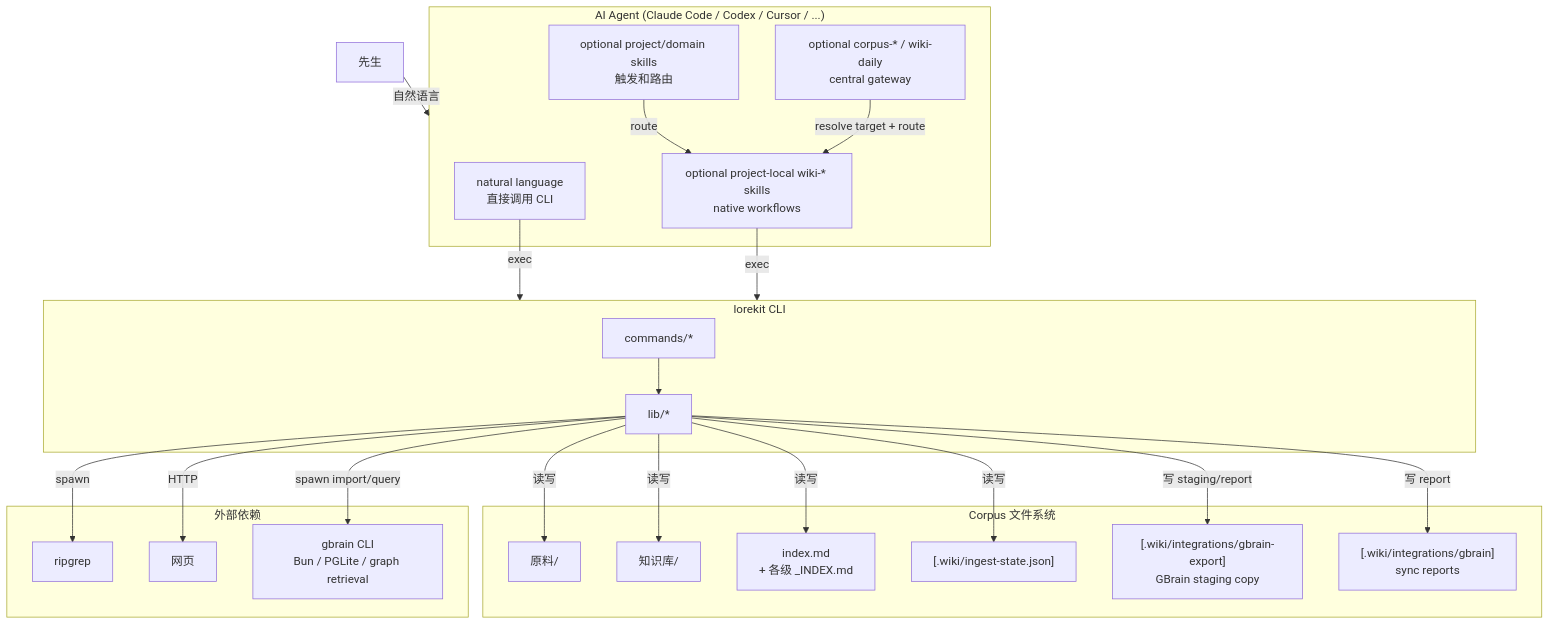
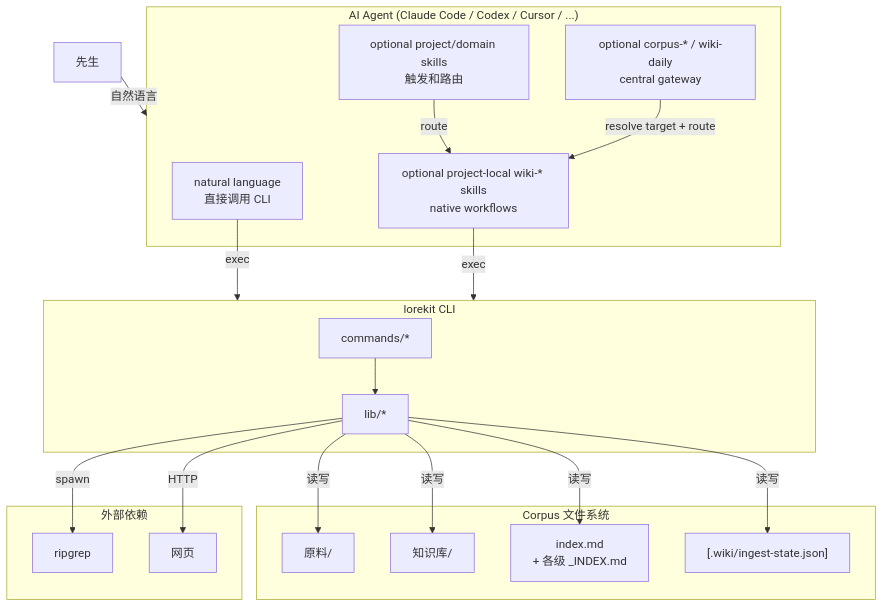
Before and after one commit to GYF0311/lorekit: the first of 4 diagrams in docs/ARCHITECTURE.md, drawn with Mermaid. The commit also changed other lines of this file and 1343 other files, not shown here.

First line of the commit message:
refactor: remove GBrain integration and wiki-enrich skill (alignment phase 1)

````diff
--- a/docs/ARCHITECTURE.md
+++ b/docs/ARCHITECTURE.md
@@ -36,45 +36,39 @@
 ```mermaid
 flowchart TB
   subgraph Agent["AI Agent (Claude Code / Codex / Cursor / ...)"]
     Natural["natural language<br/>直接调用 CLI"]
     ProjectSkills["optional project-local wiki-* skills<br/>native workflows"]
     DomainSkills["optional project/domain skills<br/>触发和路由"]
     GlobalSkills["optional corpus-* / wiki-daily<br/>central gateway"]
   end
 
   subgraph CLI["lorekit CLI"]
     Cmd["commands/*"]
     Lib["lib/*"]
     Cmd --> Lib
   end
 
   subgraph Corpus["Corpus 文件系统"]
     Raw["原料/"]
     Wiki["知识库/"]
     Index["index.md<br/>+ 各级 _INDEX.md"]
     State["[.wiki/ingest-state.json]"]
-    GBrainExport["[.wiki/integrations/gbrain-export]<br/>GBrain staging copy"]
-    GBrainReport["[.wiki/integrations/gbrain]<br/>sync reports"]
   end
 
   subgraph External["外部依赖"]
     RG["ripgrep"]
     Web["网页"]
-    GBrain["gbrain CLI<br/>Bun / PGLite / graph retrieval"]
   end
 
   User["先生"] -->|自然语言| Agent
   Natural -->|exec| CLI
   DomainSkills -->|route| ProjectSkills
   GlobalSkills -->|resolve target + route| ProjectSkills
   ProjectSkills -->|exec| CLI
   Lib -->|读写| Raw
   Lib -->|读写| Wiki
   Lib -->|读写| Index
   Lib -->|读写| State
-  Lib -->|写 staging/report| GBrainExport
-  Lib -->|写 report| GBrainReport
   Lib -->|HTTP| Web
   Lib -->|spawn| RG
-  Lib -->|spawn import/query| GBrain
 ```
````
